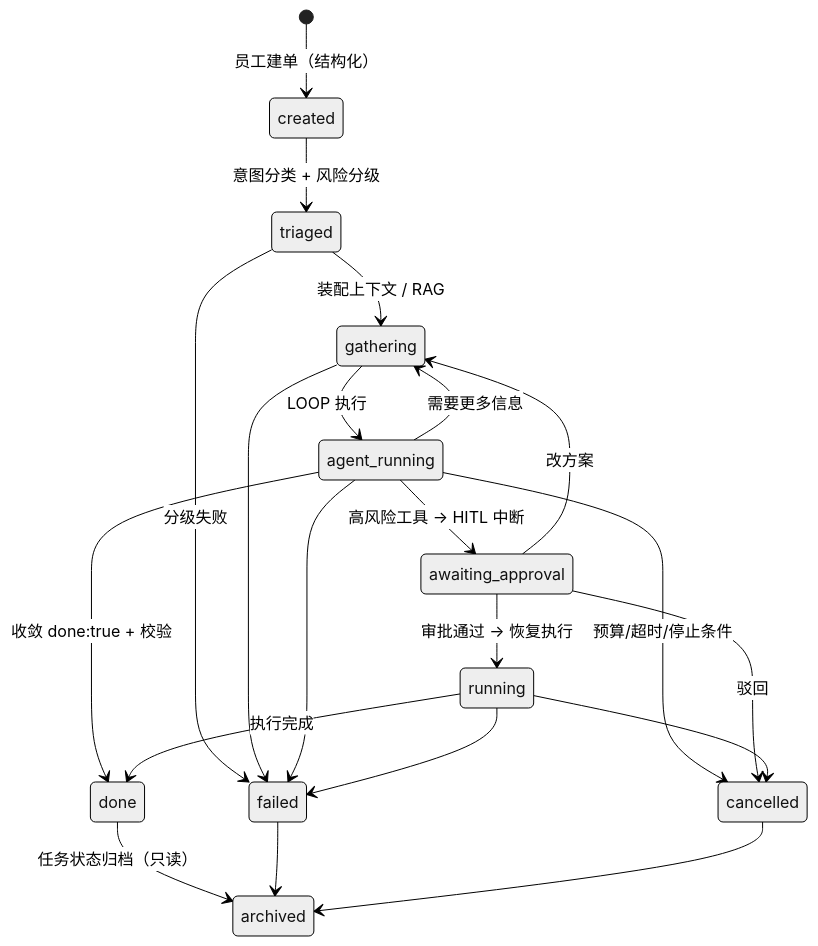
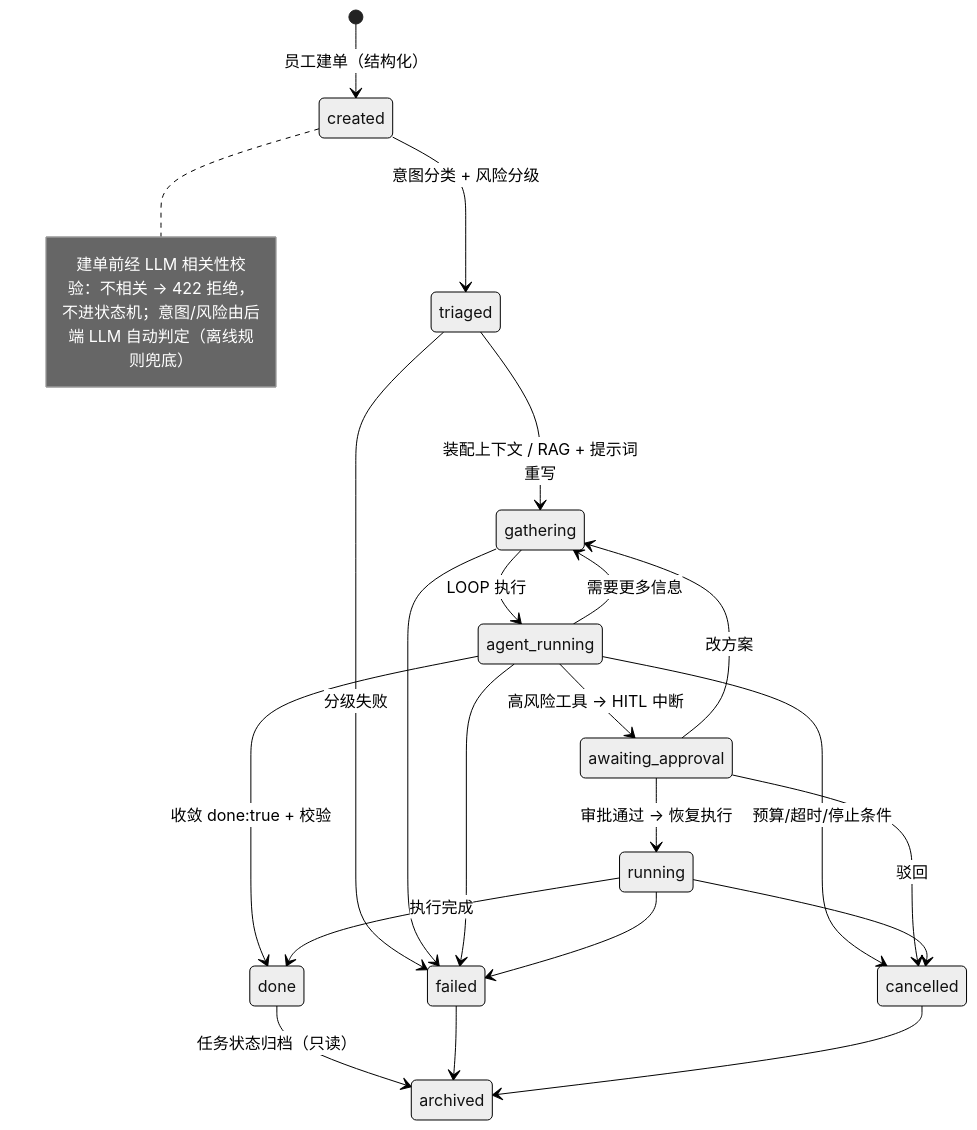
Before and after one commit to XiaoguaiXiaowai/Enterprise-Grade-Hybrid-Agent-Workflow_01: the second of 3 diagrams in README.md, drawn with Mermaid (neutral theme). The commit also changed other lines of this file and 2 other files, not shown here.

````diff
--- a/README.md
+++ b/README.md
@@ -97,23 +115,27 @@
 ```mermaid
 stateDiagram-v2
     [*] --> created : 员工建单（结构化）
+    note right of created
+        建单前经 LLM 相关性校验：不相关 → 422 拒绝，
+        不进状态机；意图/风险由后端 LLM 自动判定（离线规则兜底）
+    end note
     created --> triaged : 意图分类 + 风险分级
-    triaged --> gathering : 装配上下文 / RAG
+    triaged --> gathering : 装配上下文 / RAG + 提示词重写
     triaged --> failed : 分级失败
     gathering --> agent_running : LOOP 执行
     gathering --> failed
     agent_running --> gathering : 需要更多信息
     agent_running --> awaiting_approval : 高风险工具 → HITL 中断
     agent_running --> done : 收敛 done:true + 校验
     agent_running --> failed
     agent_running --> cancelled : 预算/超时/停止条件
     awaiting_approval --> running : 审批通过 → 恢复执行
     awaiting_approval --> cancelled : 驳回
     awaiting_approval --> gathering : 改方案
     running --> done : 执行完成
     running --> failed
     running --> cancelled
     done --> archived : 任务状态归档（只读）
     failed --> archived
     cancelled --> archived
 ```
````
